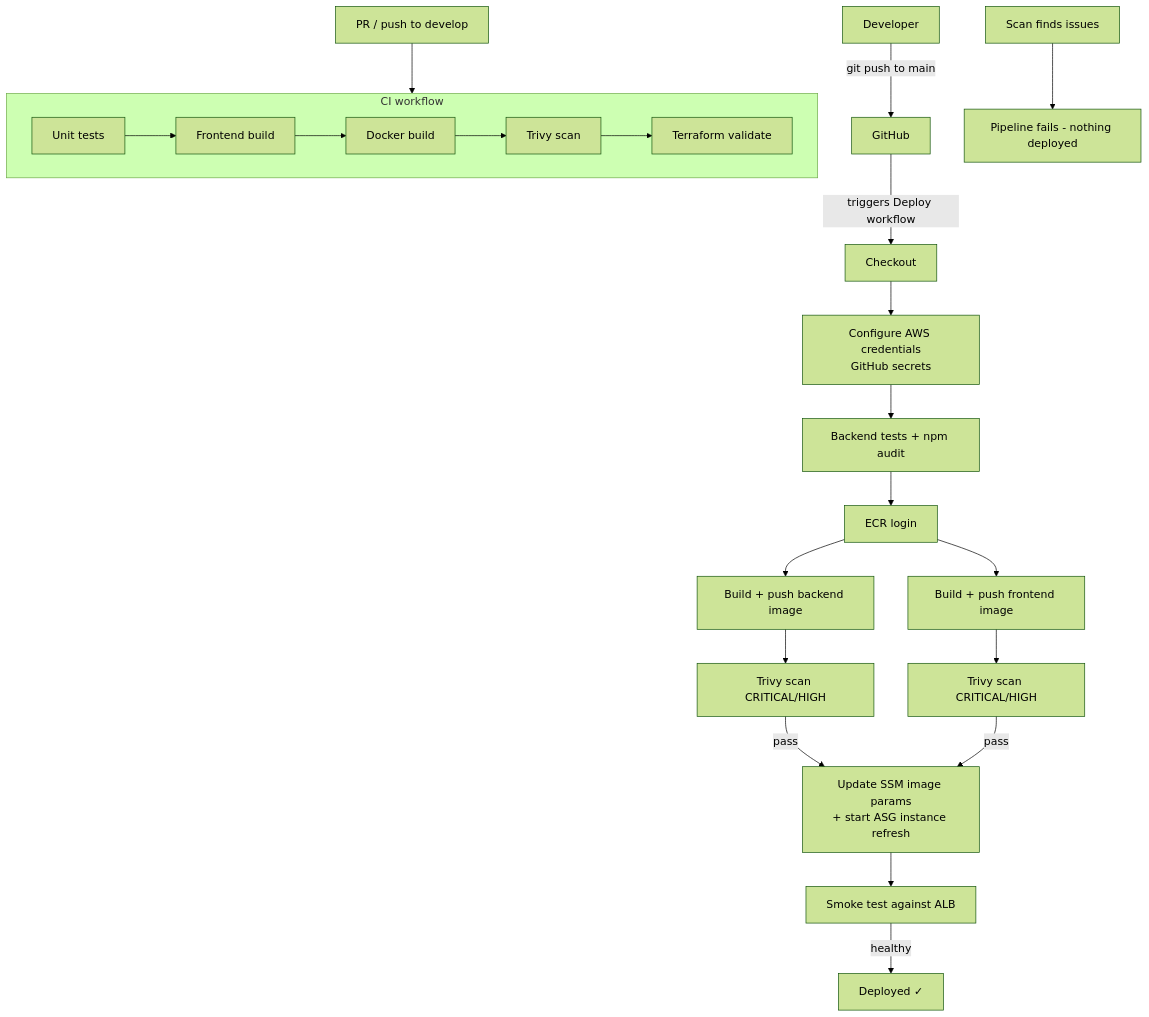
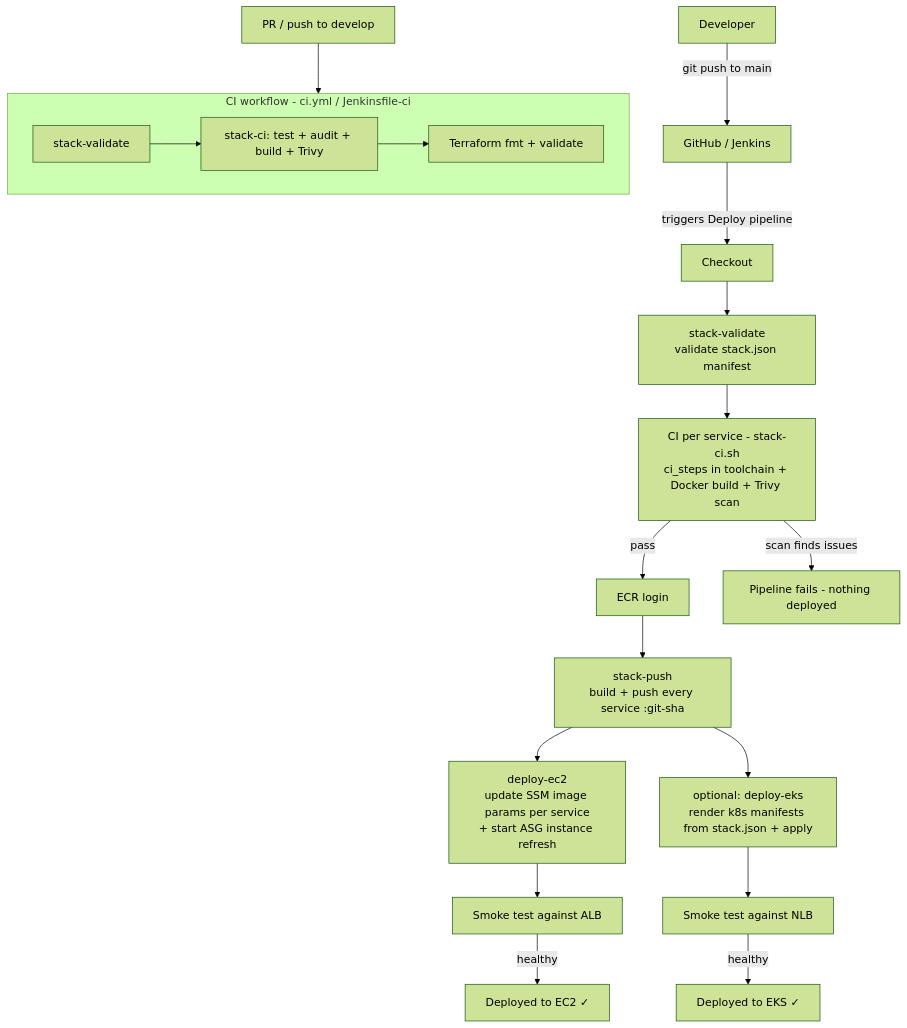
One commit to shubhu-io/secure-3-tier-aws-web-application changed the diagram in diagrams/cicd.mmd. Above: the diagram before and after it, drawn with Mermaid (forest theme). The commit also changed 77 other files, not shown here.

First line of the commit message:
feat: manifest-driven stack.json + Jenkins module + generic k8s rendering

```diff
--- a/diagrams/cicd.mmd
+++ b/diagrams/cicd.mmd
@@ -1,26 +1,27 @@
 %% ============================================================================
-%% Diagram 4 - CI/CD pipeline
-%% Purpose: how a commit becomes a deployed, verified application
+%% Diagram 4 - CI/CD pipeline (manifest-driven)
+%% Purpose: how a commit becomes a deployed, verified application.
+%% Every stage reads stack.json (the single source of truth for the stack),
+%% so both engines (GitHub Actions / Jenkins) share the same scripts and a new
+%% service needs only a stack.json entry.
 %% ============================================================================
 flowchart TD
-    DEV[Developer] -->|git push to main| GH[GitHub]
-    GH -->|triggers Deploy workflow| CH[Checkout]
-    CH --> AWS_CREDS[Configure AWS credentials<br/>GitHub secrets]
-    AWS_CREDS --> TEST[Backend tests + npm audit]
-    TEST --> LOGIN[ECR login]
-    LOGIN --> BUILD[Build + push backend image]
-    LOGIN --> BUILDF[Build + push frontend image]
-    BUILD --> SCAN[Trivy scan CRITICAL/HIGH]
-    BUILDF --> SCANF[Trivy scan CRITICAL/HIGH]
-    SCAN -->|pass| DEPLOY
-    SCANF -->|pass| DEPLOY
-    DEPLOY[Update SSM image params<br/>+ start ASG instance refresh]
+    DEV[Developer] -->|git push to main| GH[GitHub / Jenkins]
+    GH -->|triggers Deploy pipeline| CH[Checkout]
+    CH --> VAL[stack-validate<br/>validate stack.json manifest]
+    VAL --> CI[CI per service - stack-ci.sh<br/>ci_steps in toolchain + Docker build + Trivy scan]
+    CI -->|pass| LOGIN[ECR login]
+    LOGIN --> PUSH[stack-push<br/>build + push every service :git-sha]
+    PUSH --> DEPLOY[deploy-ec2<br/>update SSM image params per service<br/>+ start ASG instance refresh]
+    PUSH --> DEPK[optional: deploy-eks<br/>render k8s manifests from stack.json + apply]
     DEPLOY --> SMOKE[Smoke test against ALB]
-    SMOKE -->|healthy| DONE[Deployed ✓]
+    DEPK --> SMOKE2[Smoke test against NLB]
+    SMOKE -->|healthy| DONE[Deployed to EC2 ✓]
+    SMOKE2 -->|healthy| DONE2[Deployed to EKS ✓]
 
-    FAIL[Scan finds issues] --> BLOCK[Pipeline fails - nothing deployed]
+    CI -->|scan finds issues| BLOCK[Pipeline fails - nothing deployed]
 
-    TRIVY_TRIGGER[PR / push to develop] --> CI
-    subgraph CI[CI workflow]
-        A[Unit tests] --> B[Frontend build] --> C[Docker build] --> D[Trivy scan] --> E[Terraform validate]
+    PR[PR / push to develop] --> CICFG
+    subgraph CICFG[CI workflow - ci.yml / Jenkinsfile-ci]
+        A[stack-validate] --> B[stack-ci: test + audit + build + Trivy] --> C[Terraform fmt + validate]
     end
```
